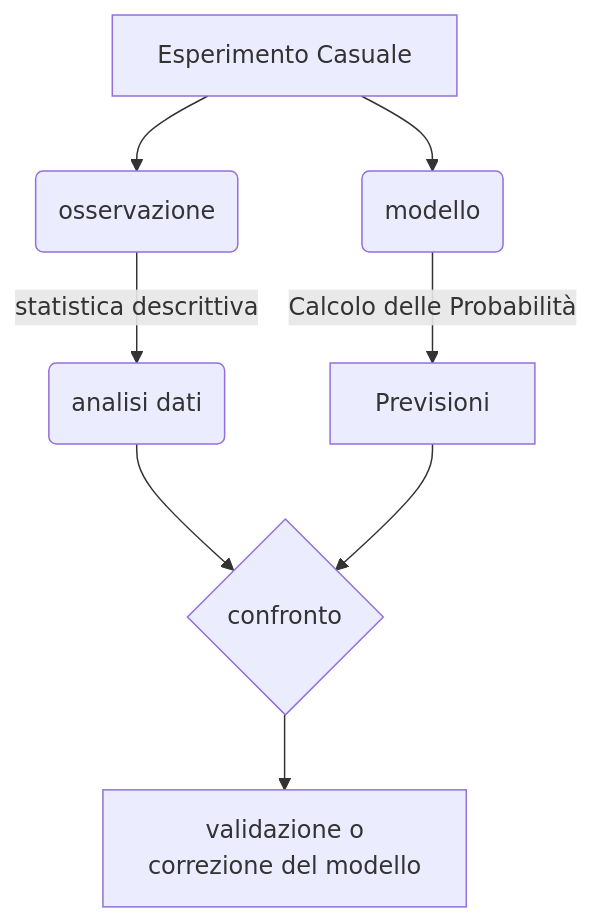
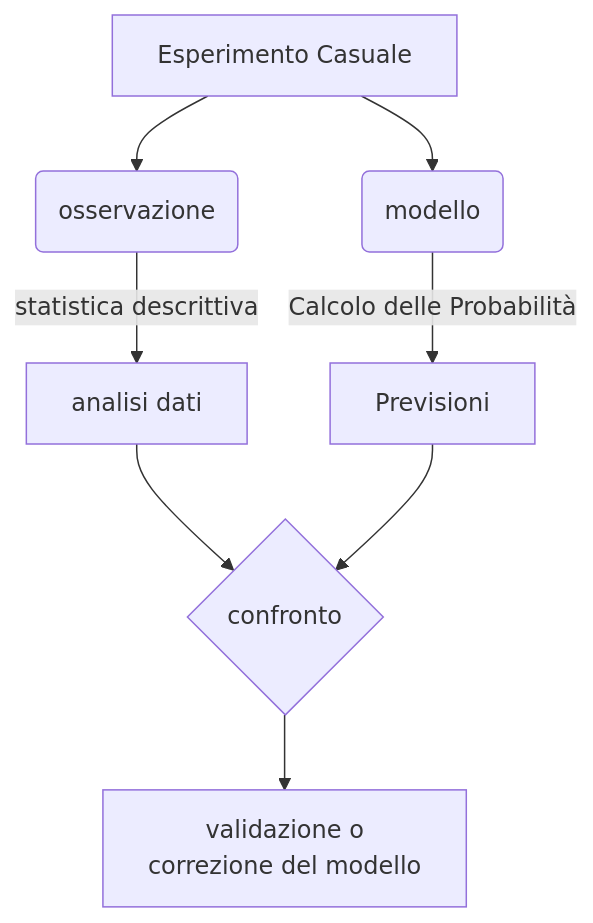
One commit to jazzmagus/2023-mathofthings changed the diagram in content/post/modello-matematico/index.md. Above: the diagram before and after it, drawn with Mermaid. The commit also changed other lines of this file, not shown here.

````diff
--- a/content/post/modello-matematico/index.md
+++ b/content/post/modello-matematico/index.md
@@ -45,17 +61,17 @@
 ```mermaid
 graph TD
 
 A[Esperimento Casuale] --> B(osservazione)
 
-B --> |statistica descrittiva| C(analisi dati)
+B --> |statistica descrittiva| C[analisi dati]
 
 C --> D{confronto}
 
 A --> E(modello)
 
 E -->|Calcolo delle Probabilità| G[Previsioni]
 
 G --> D
 
 D --> H[validazione o <br> correzione del modello]
 ```
````
